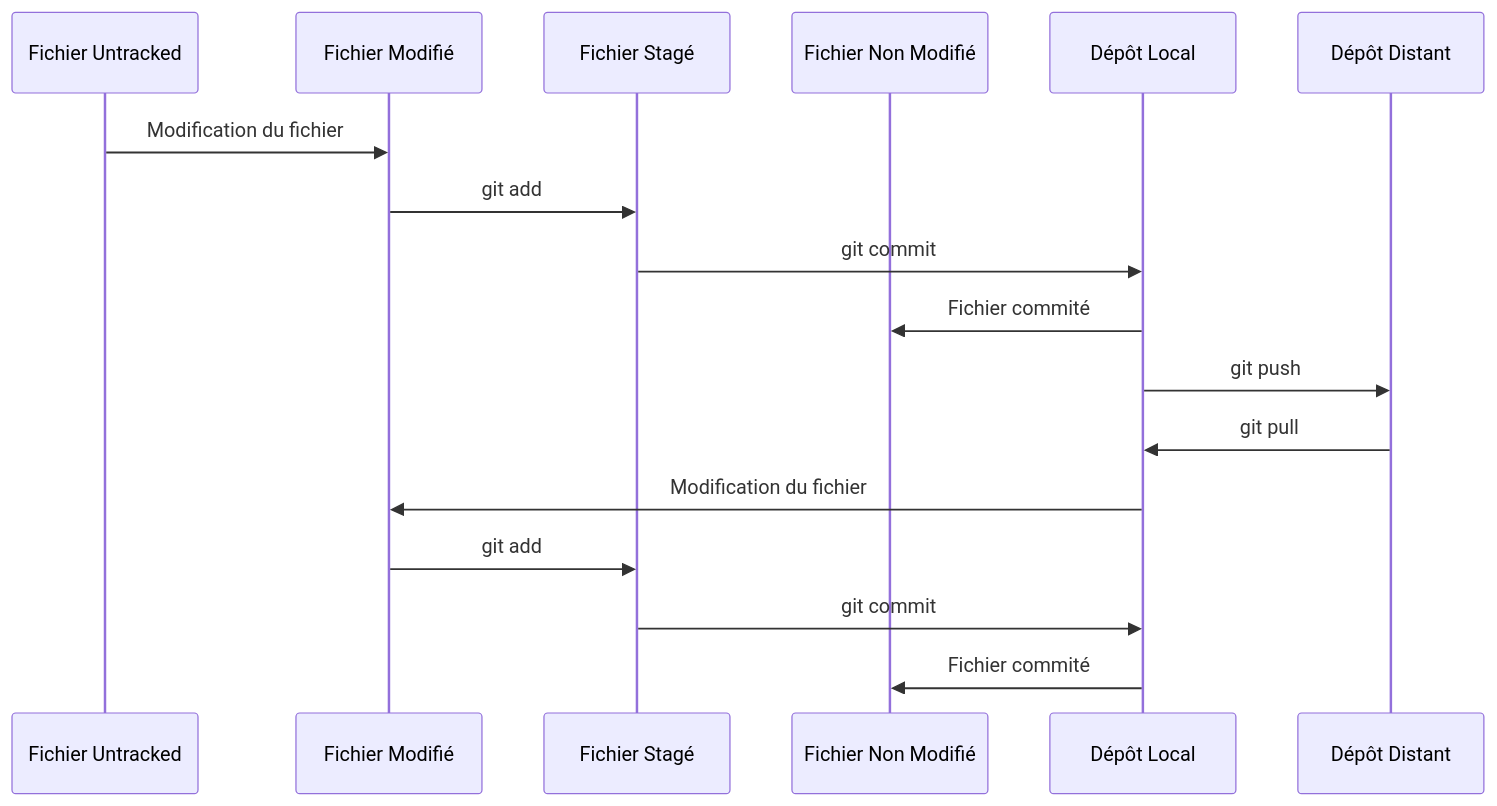
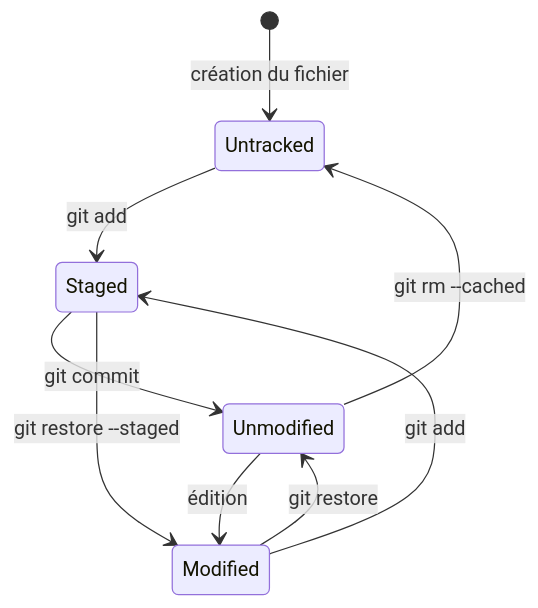
One commit to michaellaunay/NotesPubliques changed the first of 2 diagrams in cours/git.md. Above: the diagram before and after it, drawn with Mermaid. The commit also changed other lines of this file and 1 other file, not shown here.

````diff
--- a/cours/git.md
+++ b/cours/git.md
@@ -225,20 +301,11 @@
 ```mermaid
-sequenceDiagram
-    participant Untracked as Fichier Untracked
-    participant Modified as Fichier Modifié
-    participant Staged as Fichier Stagé
-    participant Unmodified as Fichier Non Modifié
-    participant Dépôt_Local as Dépôt Local
-    participant Dépôt_Distant as Dépôt Distant
-
-    Untracked->>Modified: Modification du fichier
-    Modified->>Staged: git add
-    Staged->>Dépôt_Local: git commit
-    Dépôt_Local->>Unmodified: Fichier commité
-    Dépôt_Local->>Dépôt_Distant: git push
-    Dépôt_Distant->>Dépôt_Local: git pull
-    Dépôt_Local->>Modified: Modification du fichier
-    Modified->>Staged: git add
-    Staged->>Dépôt_Local: git commit
-    Dépôt_Local->>Unmodified: Fichier commité
+stateDiagram-v2
+    [*] --> Untracked : création du fichier
+    Untracked --> Staged : git add
+    Staged --> Unmodified : git commit
+    Unmodified --> Modified : édition
+    Modified --> Staged : git add
+    Staged --> Modified : git restore --staged
+    Modified --> Unmodified : git restore
+    Unmodified --> Untracked : git rm --cached
 ```
````
